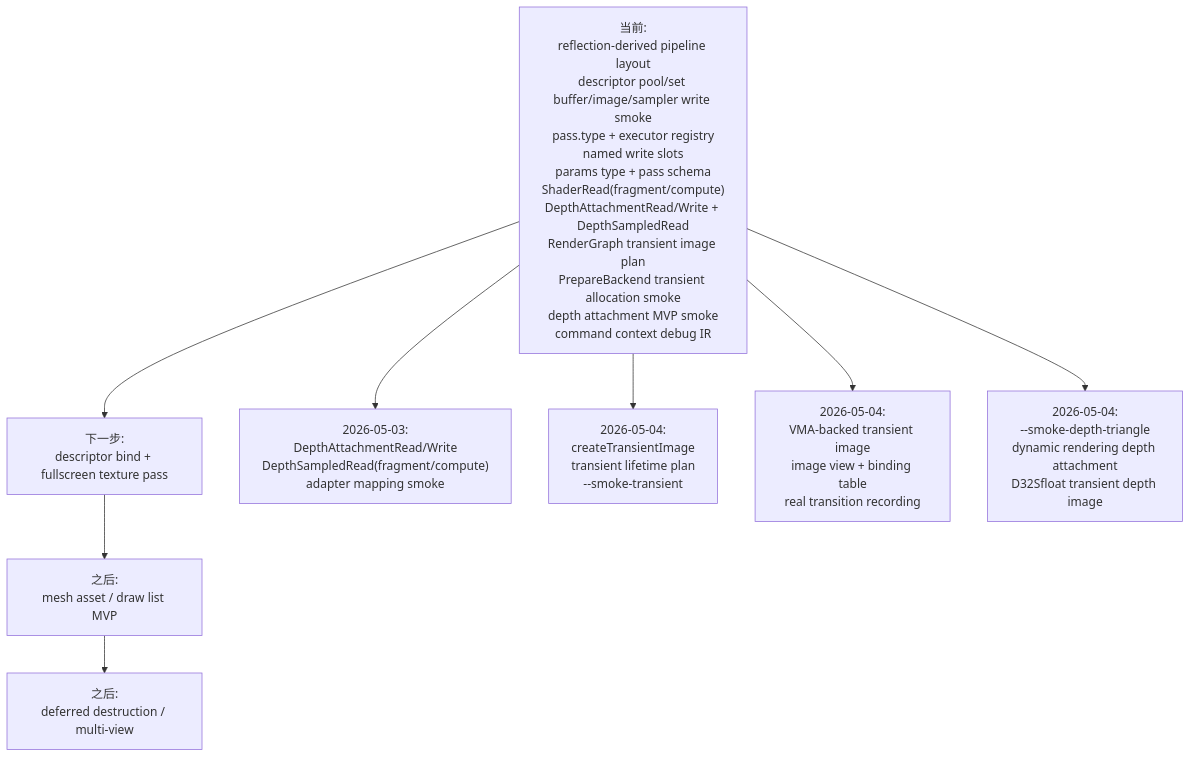
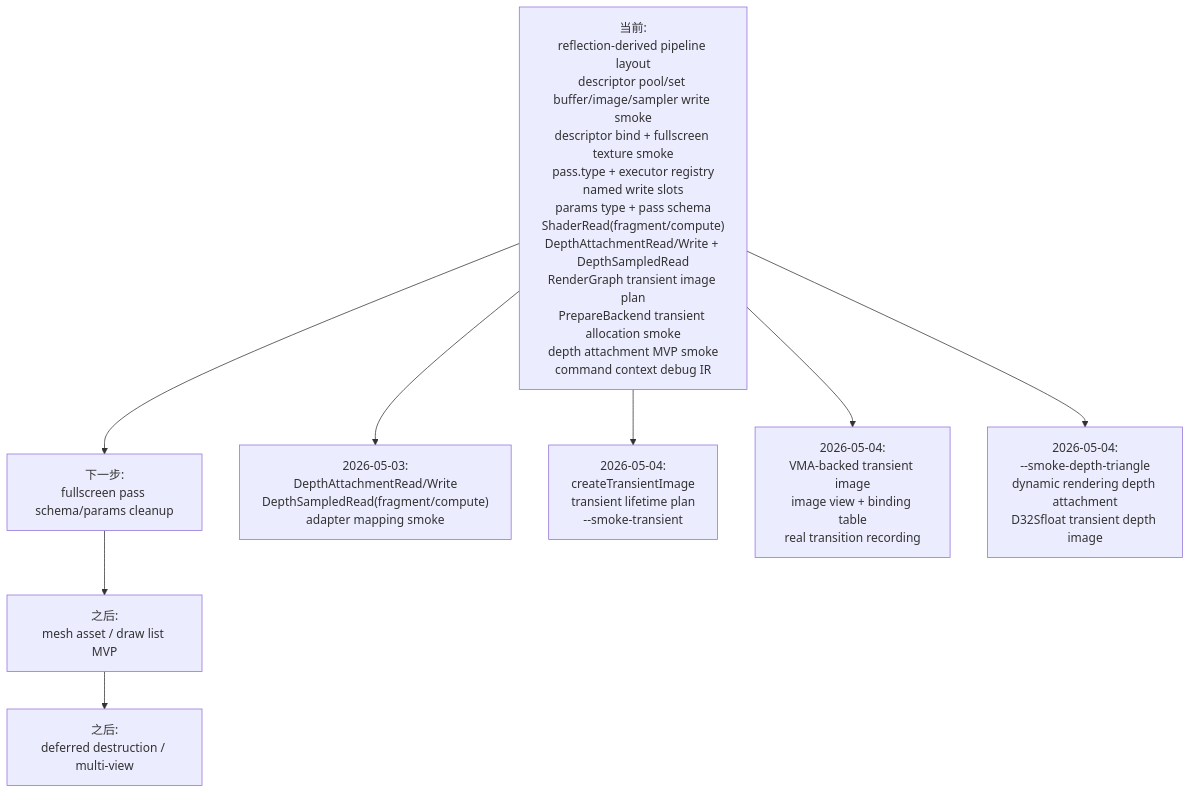
One commit to 66six11/Engine changed diagram 11 of 11 in docs/flow-architecture.md. Above: the diagram before and after it, drawn with Mermaid. The commit also changed other lines of this file and 9 other files, not shown here.

Commit message:
feat: add fullscreen texture smoke

````diff
--- a/docs/flow-architecture.md
+++ b/docs/flow-architecture.md
@@ -382,18 +393,18 @@
 ```mermaid
 flowchart TD
-    Now["当前:<br/>reflection-derived pipeline layout<br/>descriptor pool/set buffer/image/sampler write smoke<br/>pass.type + executor registry<br/>named write slots<br/>params type + pass schema<br/>ShaderRead(fragment/compute)<br/>DepthAttachmentRead/Write + DepthSampledRead<br/>RenderGraph transient image plan<br/>PrepareBackend transient allocation smoke<br/>depth attachment MVP smoke<br/>command context debug IR"]
-    Step1["下一步:<br/>descriptor bind + fullscreen texture pass"]
+    Now["当前:<br/>reflection-derived pipeline layout<br/>descriptor pool/set buffer/image/sampler write smoke<br/>descriptor bind + fullscreen texture smoke<br/>pass.type + executor registry<br/>named write slots<br/>params type + pass schema<br/>ShaderRead(fragment/compute)<br/>DepthAttachmentRead/Write + DepthSampledRead<br/>RenderGraph transient image plan<br/>PrepareBackend transient allocation smoke<br/>depth attachment MVP smoke<br/>command context debug IR"]
+    Step1["下一步:<br/>fullscreen pass schema/params cleanup"]
     Step2["之后:<br/>mesh asset / draw list MVP"]
     Step3["之后:<br/>deferred destruction / multi-view"]
 
     Now --> Step1 --> Step2 --> Step3
 
     DepthStateUpdate["2026-05-03:<br/>DepthAttachmentRead/Write<br/>DepthSampledRead(fragment/compute)<br/>adapter mapping smoke"]
     Now --> DepthStateUpdate
     TransientUpdate["2026-05-04:<br/>createTransientImage<br/>transient lifetime plan<br/>--smoke-transient"]
     Now --> TransientUpdate
     TransientVkUpdate["2026-05-04:<br/>VMA-backed transient image<br/>image view + binding table<br/>real transition recording"]
     Now --> TransientVkUpdate
     DepthTriangleUpdate["2026-05-04:<br/>--smoke-depth-triangle<br/>dynamic rendering depth attachment<br/>D32Sfloat transient depth image"]
     Now --> DepthTriangleUpdate
 ```
````
